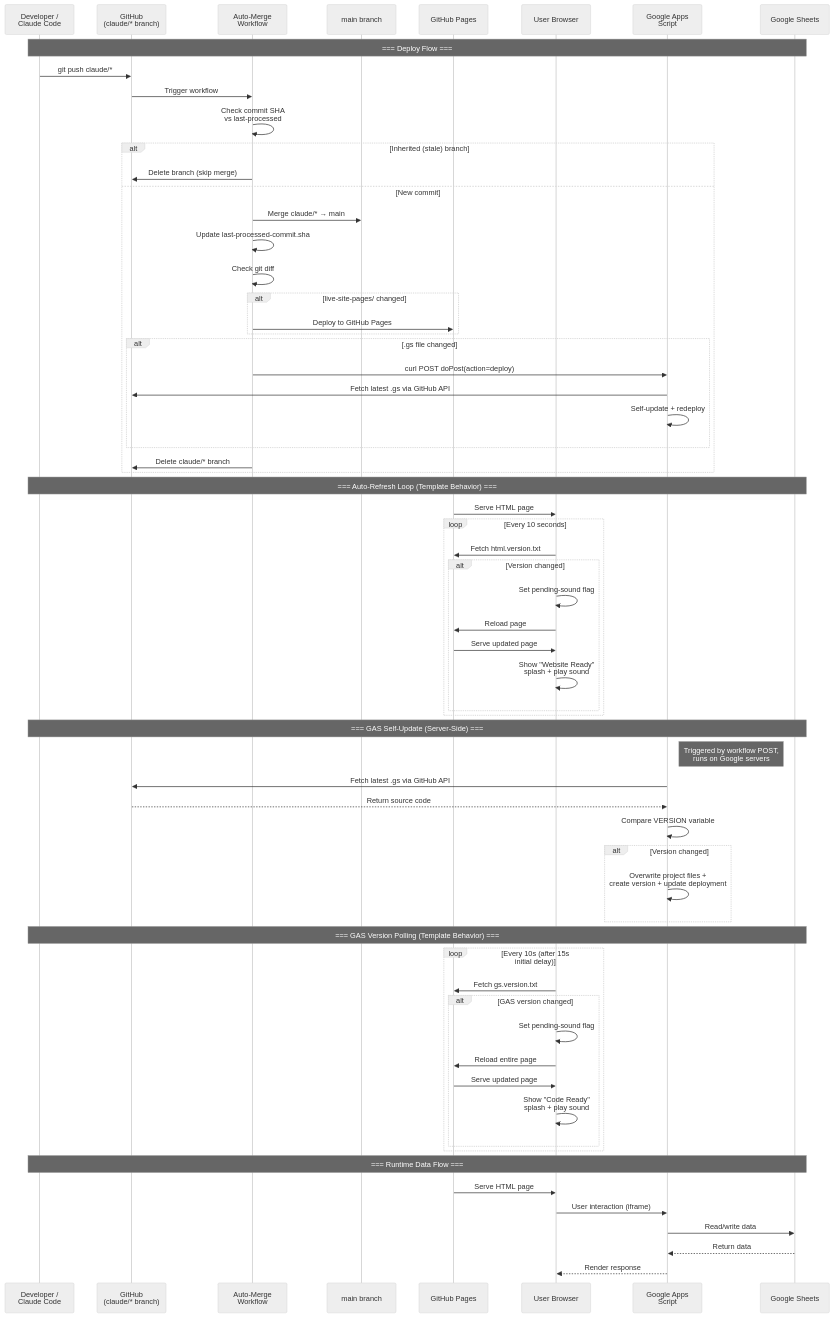
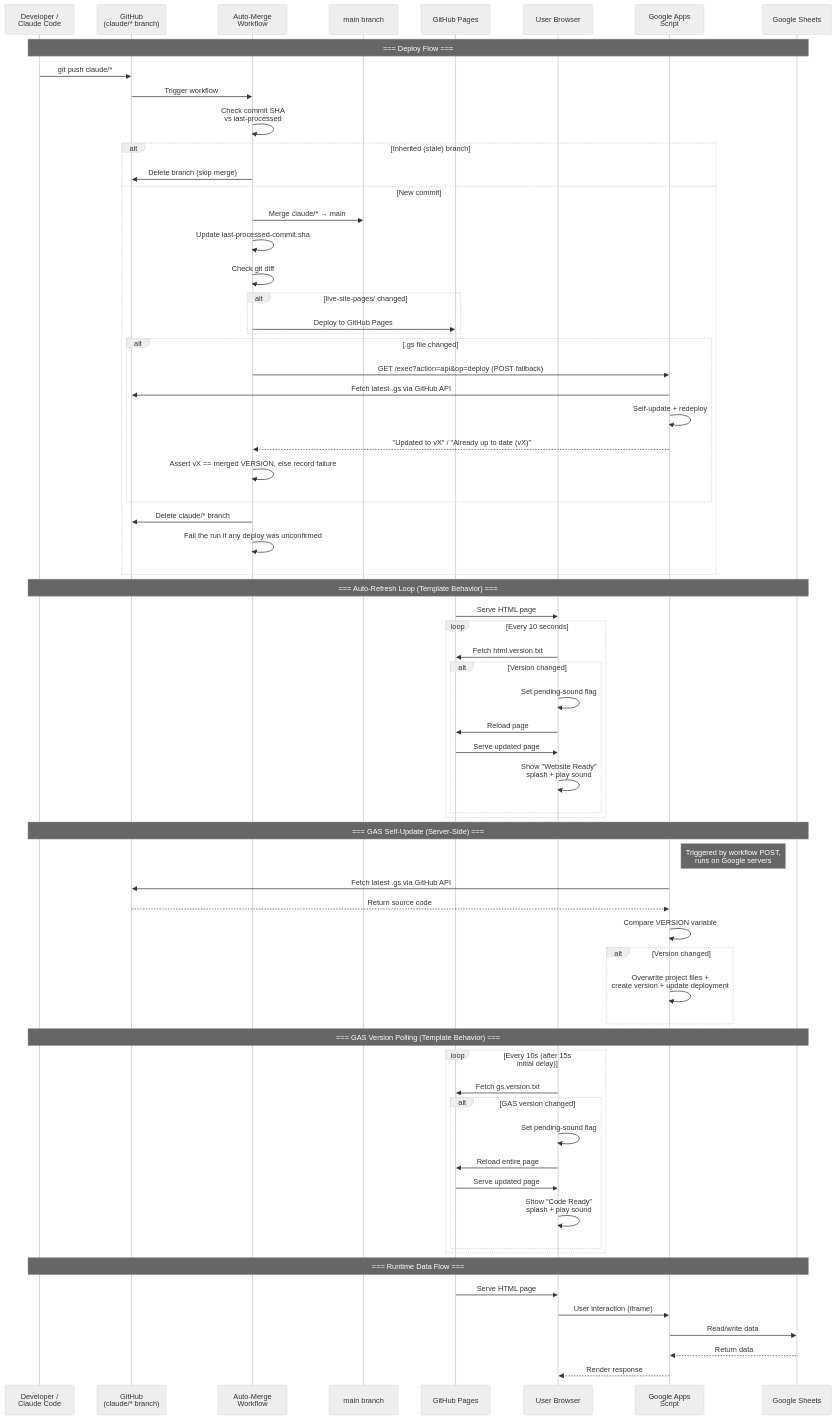
Before and after one commit to LightAISolutions/Sales: the second of 7 diagrams in repository-information/REPO-ARCHITECTURE.md, drawn with Mermaid (neutral theme). The commit also changed other lines of this file and 6 other files, not shown here.

First line of the commit message:
v05.51r Make the GAS deploy step prove it deployed the version it merged

````diff
--- a/repository-information/REPO-ARCHITECTURE.md
+++ b/repository-information/REPO-ARCHITECTURE.md
@@ -181,76 +184,79 @@
 ```mermaid
 sequenceDiagram
     participant Dev as Developer /<br/>Claude Code
     participant GH as GitHub<br/>(claude/* branch)
     participant WF as Auto-Merge<br/>Workflow
     participant Main as main branch
     participant Pages as GitHub Pages
     participant Browser as User Browser
     participant GAS as Google Apps<br/>Script
     participant Sheets as Google Sheets
 
     Note over Dev,Sheets: === Deploy Flow ===
 
     Dev->>GH: git push claude/*
     GH->>WF: Trigger workflow
     WF->>WF: Check commit SHA<br/>vs last-processed
     alt Inherited (stale) branch
         WF->>GH: Delete branch (skip merge)
     else New commit
         WF->>Main: Merge claude/* → main
         WF->>WF: Update last-processed-commit.sha
         WF->>WF: Check git diff
         alt live-site-pages/ changed
             WF->>Pages: Deploy to GitHub Pages
         end
         alt .gs file changed
-            WF->>GAS: curl POST doPost(action=deploy)
+            WF->>GAS: GET /exec?action=api&op=deploy (POST fallback)
             GAS->>GH: Fetch latest .gs via GitHub API
             GAS->>GAS: Self-update + redeploy
+            GAS-->>WF: "Updated to vX" / "Already up to date (vX)"
+            WF->>WF: Assert vX == merged VERSION, else record failure
         end
         WF->>GH: Delete claude/* branch
+        WF->>WF: Fail the run if any deploy was unconfirmed
     end
 
     Note over Dev,Sheets: === Auto-Refresh Loop (Template Behavior) ===
 
     Pages->>Browser: Serve HTML page
     loop Every 10 seconds
         Browser->>Pages: Fetch html.version.txt
         alt Version changed
             Browser->>Browser: Set pending-sound flag
             Browser->>Pages: Reload page
             Pages->>Browser: Serve updated page
             Browser->>Browser: Show "Website Ready"<br/>splash + play sound
         end
     end
 
     Note over Dev,Sheets: === GAS Self-Update (Server-Side) ===
 
     Note right of GAS: Triggered by workflow POST,<br/>runs on Google servers
     GAS->>GH: Fetch latest .gs via GitHub API
     GH-->>GAS: Return source code
     GAS->>GAS: Compare VERSION variable
     alt Version changed
         GAS->>GAS: Overwrite project files +<br/>create version + update deployment
     end
 
     Note over Dev,Sheets: === GAS Version Polling (Template Behavior) ===
 
     loop Every 10s (after 15s initial delay)
         Browser->>Pages: Fetch gs.version.txt
         alt GAS version changed
             Browser->>Browser: Set pending-sound flag
             Browser->>Pages: Reload entire page
             Pages->>Browser: Serve updated page
             Browser->>Browser: Show "Code Ready"<br/>splash + play sound
         end
     end
 
     Note over Dev,Sheets: === Runtime Data Flow ===
 
     Pages->>Browser: Serve HTML page
     Browser->>GAS: User interaction (iframe)
     GAS->>Sheets: Read/write data
     Sheets-->>GAS: Return data
     GAS-->>Browser: Render response
 ```
````
